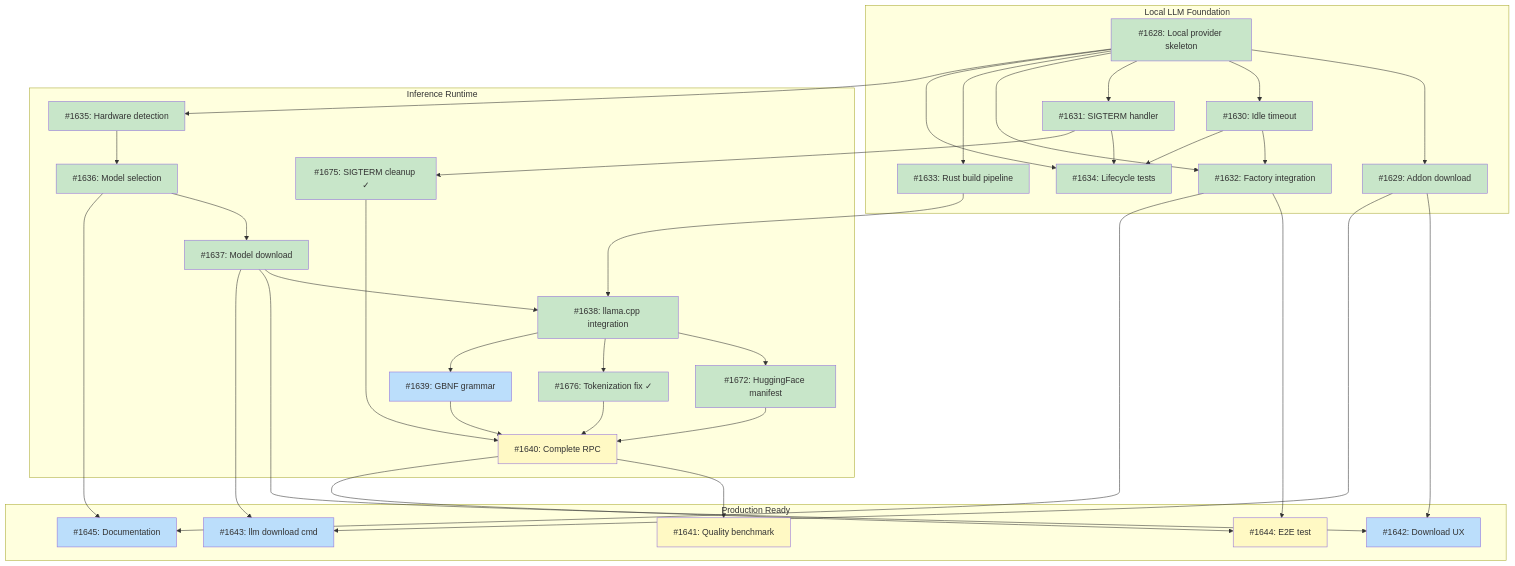
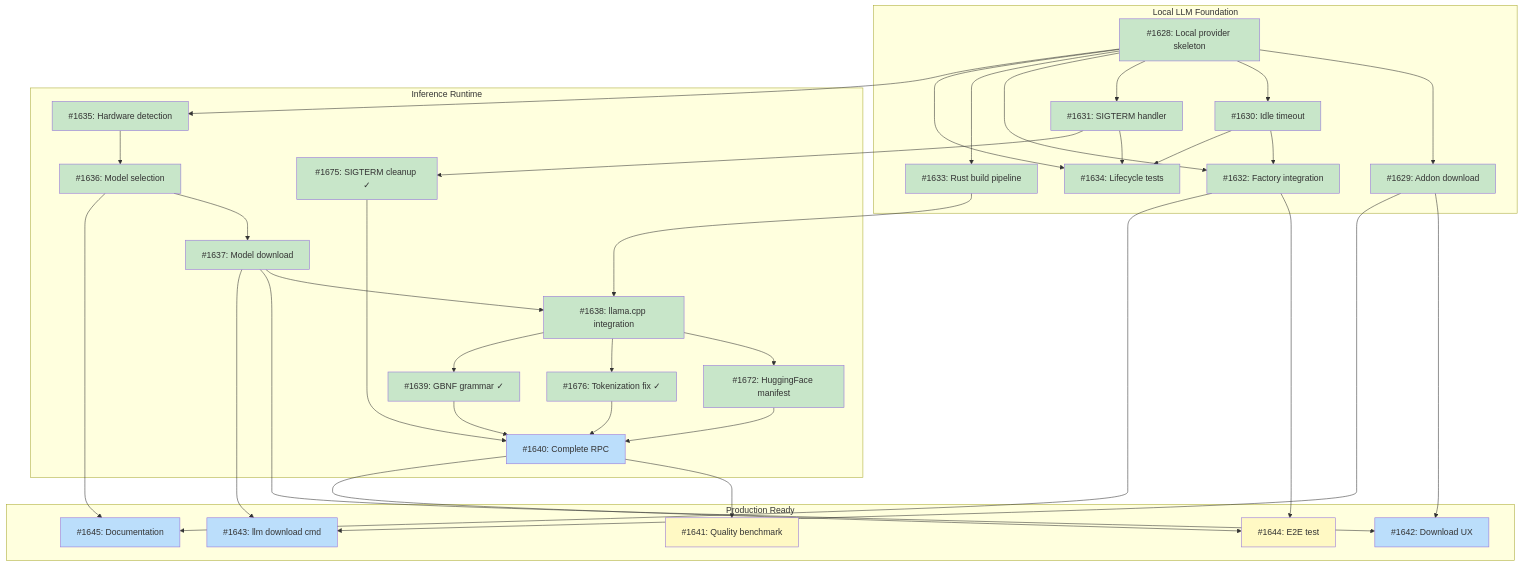
The diagram in docs/designs/DESIGN-local-llm-runtime.md (tsukumogami/tsuku), drawn with Mermaid before and after one commit. The commit also changed other lines of this file and 3 other files, not shown here.

First line of the commit message:
docs(design): mark #1639 GBNF grammar as done

````diff
--- a/docs/designs/DESIGN-local-llm-runtime.md
+++ b/docs/designs/DESIGN-local-llm-runtime.md
@@ -80,73 +80,73 @@
 ```mermaid
 graph TD
     subgraph M1["Local LLM Foundation"]
         I1628["#1628: Local provider skeleton"]
         I1629["#1629: Addon download"]
         I1630["#1630: Idle timeout"]
         I1631["#1631: SIGTERM handler"]
         I1632["#1632: Factory integration"]
         I1633["#1633: Rust build pipeline"]
         I1634["#1634: Lifecycle tests"]
     end
 
     subgraph M2["Inference Runtime"]
         I1635["#1635: Hardware detection"]
         I1636["#1636: Model selection"]
         I1637["#1637: Model download"]
         I1638["#1638: llama.cpp integration"]
         I1672["#1672: HuggingFace manifest"]
         I1675["#1675: SIGTERM cleanup ✓"]
         I1676["#1676: Tokenization fix ✓"]
-        I1639["#1639: GBNF grammar"]
+        I1639["#1639: GBNF grammar ✓"]
         I1640["#1640: Complete RPC"]
     end
 
     subgraph M3["Production Ready"]
         I1641["#1641: Quality benchmark"]
         I1642["#1642: Download UX"]
         I1643["#1643: llm download cmd"]
         I1644["#1644: E2E test"]
         I1645["#1645: Documentation"]
     end
 
     I1628 --> I1629
     I1628 --> I1630
     I1628 --> I1631
     I1628 --> I1632
     I1630 --> I1632
     I1628 --> I1633
     I1628 --> I1634
     I1630 --> I1634
     I1631 --> I1634
     I1628 --> I1635
     I1635 --> I1636
     I1636 --> I1637
     I1633 --> I1638
     I1637 --> I1638
     I1638 --> I1672
     I1631 --> I1675
     I1638 --> I1676
     I1638 --> I1639
     I1672 --> I1640
     I1675 --> I1640
     I1676 --> I1640
     I1639 --> I1640
     I1640 --> I1641
     I1629 --> I1642
     I1637 --> I1642
     I1629 --> I1643
     I1637 --> I1643
     I1640 --> I1644
     I1632 --> I1644
     I1632 --> I1645
     I1636 --> I1645
 
     classDef done fill:#c8e6c9
     classDef ready fill:#bbdefb
     classDef blocked fill:#fff9c4
     classDef needsDesign fill:#e1bee7
 
-    class I1628,I1629,I1630,I1631,I1632,I1633,I1634,I1635,I1636,I1637,I1638,I1672,I1675,I1676 done
-    class I1639,I1642,I1643,I1645 ready
-    class I1640,I1641,I1644 blocked
+    class I1628,I1629,I1630,I1631,I1632,I1633,I1634,I1635,I1636,I1637,I1638,I1672,I1675,I1676,I1639 done
+    class I1640,I1642,I1643,I1645 ready
+    class I1641,I1644 blocked
 ```
````
